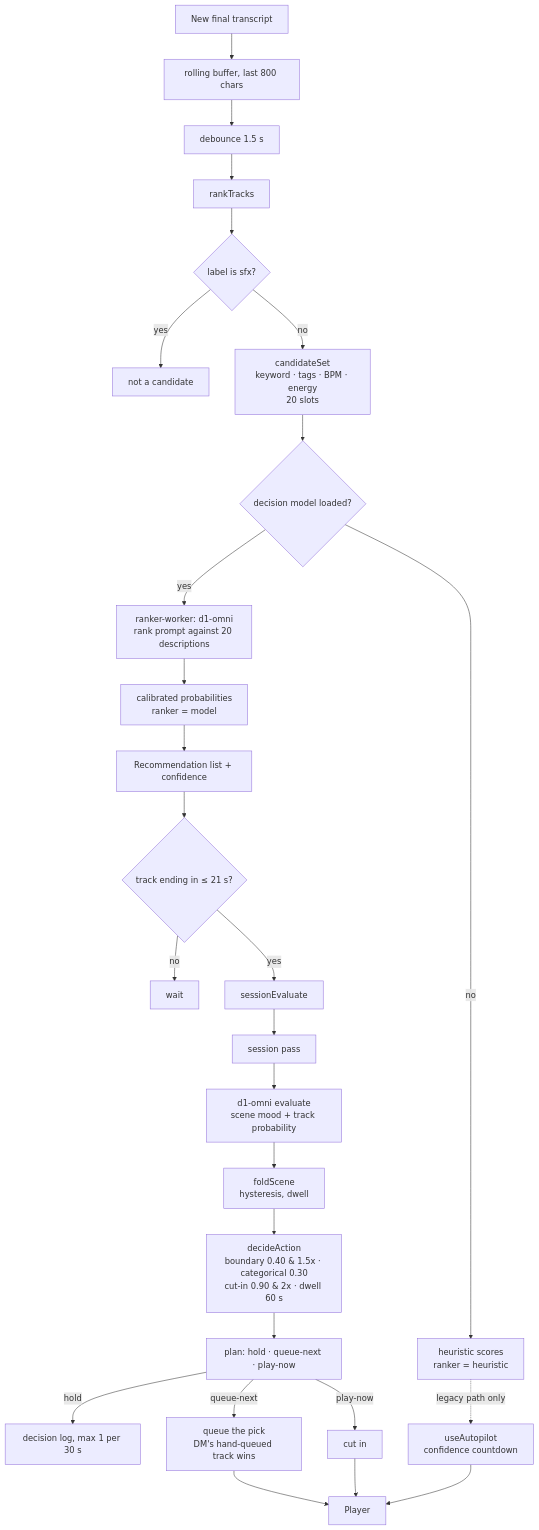
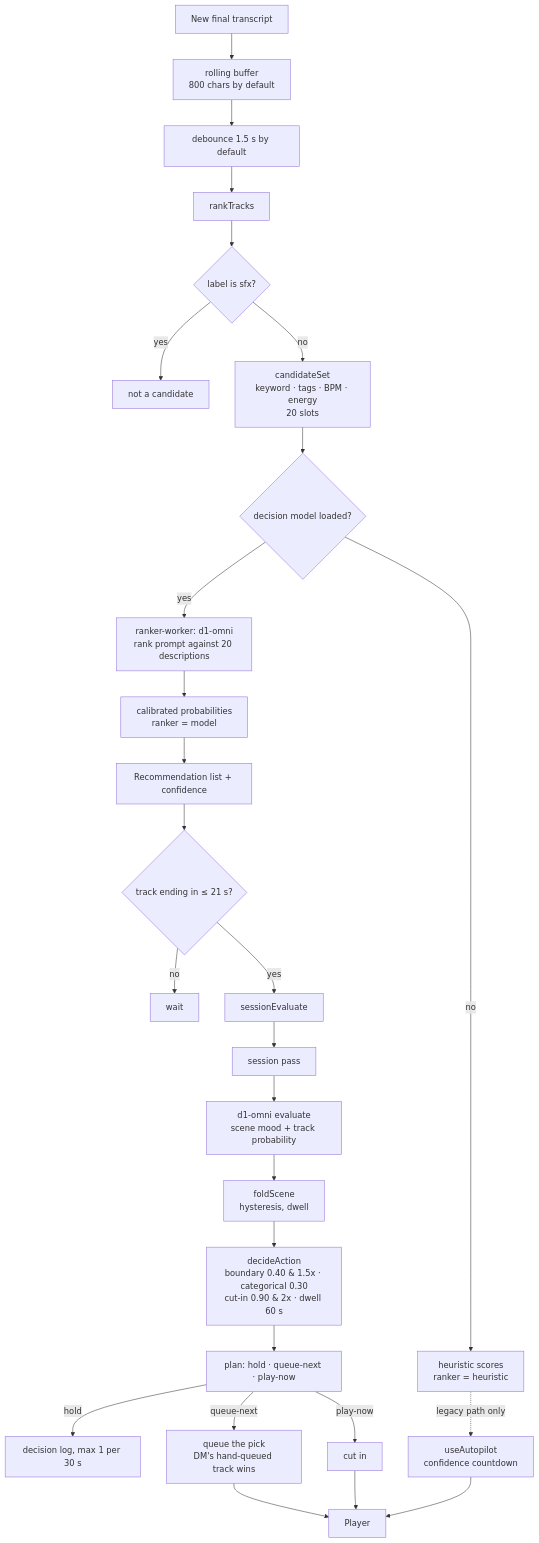
One commit to CodeAndJam/doty changed the third of 7 diagrams in docs/ARCHITECTURE.md. Above: the diagram before and after it, drawn with Mermaid. The commit also changed other lines of this file and 65 other files, not shown here.

````diff
--- a/docs/ARCHITECTURE.md
+++ b/docs/ARCHITECTURE.md
@@ -132,34 +143,34 @@
 ```mermaid
 flowchart TD
-  T[New final transcript] --> BUF[rolling buffer, last 800 chars]
-  BUF --> DEB[debounce 1.5 s]
+  T[New final transcript] --> BUF[rolling buffer<br/>800 chars by default]
+  BUF --> DEB[debounce 1.5 s by default]
   DEB --> RANK[rankTracks]
 
   RANK --> LANE{label is sfx?}
   LANE -->|yes| DROP[not a candidate]
   LANE -->|no| CAND[candidateSet<br/>keyword · tags · BPM · energy<br/>20 slots]
   CAND --> MODEL{decision model loaded?}
   MODEL -->|no| HEUR[heuristic scores<br/>ranker = heuristic]
   MODEL -->|yes| RKP[ranker-worker: d1-omni<br/>rank prompt against 20 descriptions]
   RKP --> PROB[calibrated probabilities<br/>ranker = model]
 
   PROB --> UI[Recommendation list + confidence]
   UI --> NEAR{track ending in ≤ 21 s?}
   NEAR -->|no| WAIT[wait]
   NEAR -->|yes| EVAL[sessionEvaluate]
 
   EVAL --> PASS[session pass]
   PASS --> MOOD[d1-omni evaluate<br/>scene mood + track probability]
   MOOD --> FOLD[foldScene<br/>hysteresis, dwell]
   FOLD --> POLICY[decideAction<br/>boundary 0.40 & 1.5x · categorical 0.30<br/>cut-in 0.90 & 2x · dwell 60 s]
   POLICY --> PLAN[plan: hold · queue-next · play-now]
 
   PLAN -->|hold| LOG[decision log, max 1 per 30 s]
   PLAN -->|queue-next| QUEUE[queue the pick<br/>DM's hand-queued track wins]
   PLAN -->|play-now| CUT[cut in]
   QUEUE --> PLAY[Player]
   CUT --> PLAY
 
   HEUR -.->|legacy path only| AP[useAutopilot<br/>confidence countdown]
   AP --> PLAY
 ```
````
